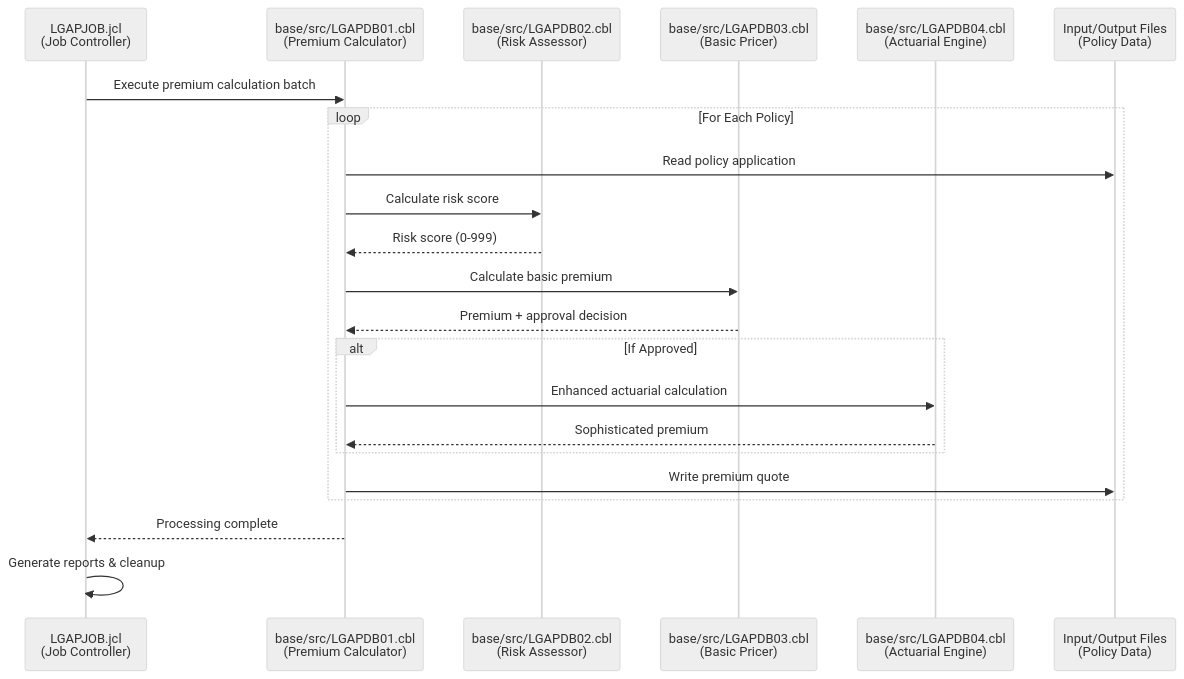
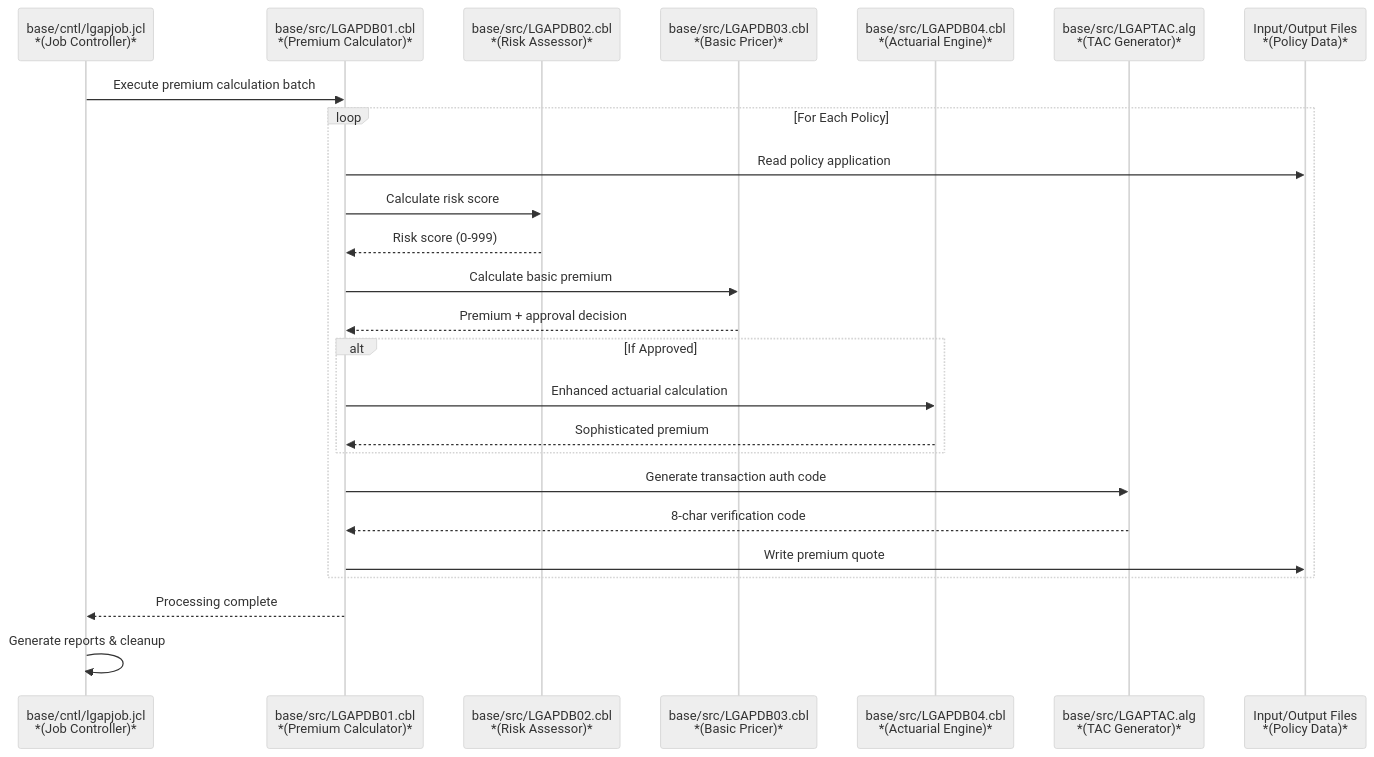
The third of 14 diagrams in .swm/insurance-policy-processing-and-premium-calculation.t96is.sw.md (Swimm-Demo/kyndryl-cics-genapp), drawn with Mermaid (neutral theme) before and after one commit. The commit also changed other lines of this file, not shown here.

````diff
--- a/.swm/insurance-policy-processing-and-premium-calculation.t96is.sw.md
+++ b/.swm/insurance-policy-processing-and-premium-calculation.t96is.sw.md
@@ -60,60 +60,68 @@
 ```mermaid
 sequenceDiagram
-    participant JCL as LGAPJOB.jcl<br/>(Job Controller)
-    participant MAIN as base/src/LGAPDB01.cbl<br/>(Premium Calculator)
-    participant RISK as base/src/LGAPDB02.cbl<br/>(Risk Assessor)
-    participant BASIC as base/src/LGAPDB03.cbl<br/>(Basic Pricer)
-    participant ACTUAR as base/src/LGAPDB04.cbl<br/>(Actuarial Engine)
-    participant DATA as Input/Output Files<br/>(Policy Data)
+    participant JCL as base/cntl/lgapjob.jcl<br/>*(Job Controller)*
+    participant MAIN as base/src/LGAPDB01.cbl<br/>*(Premium Calculator)*
+    participant RISK as base/src/LGAPDB02.cbl<br/>*(Risk Assessor)*
+    participant BASIC as base/src/LGAPDB03.cbl<br/>*(Basic Pricer)*
+    participant ACTUAR as base/src/LGAPDB04.cbl<br/>*(Actuarial Engine)*
+    participant TAC as base/src/LGAPTAC.alg<br/>*(TAC Generator)*
+    participant DATA as Input/Output Files<br/>*(Policy Data)*
 
     JCL->>MAIN: Execute premium calculation batch
     
     loop For Each Policy
         MAIN->>DATA: Read policy application
         MAIN->>RISK: Calculate risk score
         RISK-->>MAIN: Risk score (0-999)
         
         MAIN->>BASIC: Calculate basic premium
         BASIC-->>MAIN: Premium + approval decision
         
         alt If Approved
             MAIN->>ACTUAR: Enhanced actuarial calculation
             ACTUAR-->>MAIN: Sophisticated premium
         end
         
+        MAIN->>TAC: Generate transaction auth code
+        TAC-->>MAIN: 8-char verification code
+        
         MAIN->>DATA: Write premium quote
     end
     
     MAIN-->>JCL: Processing complete
     JCL->>JCL: Generate reports & cleanup
 
 %% Swimm:
 %% sequenceDiagram
-%%     participant JCL as LGAPJOB.jcl<br/>(Job Controller)
-%%     participant MAIN as <SwmPath repo-id="Z2l0aHViJTNBJTNBa3luZHJ5bC1jaWNzLWdlbmFwcCUzQSUzQVN3aW1tLURlbW8=" repo-name="kyndryl-cics-genapp" path="/base/src/LGAPDB01.cbl">`(kyndryl-cics-genapp) base/src/LGAPDB01.cbl`</SwmPath><br/>(Premium Calculator)
-%%     participant RISK as <SwmPath repo-id="Z2l0aHViJTNBJTNBa3luZHJ5bC1jaWNzLWdlbmFwcCUzQSUzQVN3aW1tLURlbW8=" repo-name="kyndryl-cics-genapp" path="/base/src/LGAPDB02.cbl">`(kyndryl-cics-genapp) base/src/LGAPDB02.cbl`</SwmPath><br/>(Risk Assessor)
-%%     participant BASIC as <SwmPath repo-id="Z2l0aHViJTNBJTNBa3luZHJ5bC1jaWNzLWdlbmFwcCUzQSUzQVN3aW1tLURlbW8=" repo-name="kyndryl-cics-genapp" path="/base/src/LGAPDB03.cbl">`(kyndryl-cics-genapp) base/src/LGAPDB03.cbl`</SwmPath><br/>(Basic Pricer)
-%%     participant ACTUAR as <SwmPath repo-id="Z2l0aHViJTNBJTNBa3luZHJ5bC1jaWNzLWdlbmFwcCUzQSUzQVN3aW1tLURlbW8=" repo-name="kyndryl-cics-genapp" path="/base/src/LGAPDB04.cbl">`(kyndryl-cics-genapp) base/src/LGAPDB04.cbl`</SwmPath><br/>(Actuarial Engine)
-%%     participant DATA as Input/Output Files<br/>(Policy Data)
+%%     participant JCL as <SwmPath repo-id="Z2l0aHViJTNBJTNBa3luZHJ5bC1jaWNzLWdlbmFwcCUzQSUzQVN3aW1tLURlbW8=" repo-name="kyndryl-cics-genapp" path="/base/cntl/lgapjob.jcl">`(kyndryl-cics-genapp) base/cntl/lgapjob.jcl`</SwmPath><br/>*(Job Controller)*
+%%     participant MAIN as <SwmPath repo-id="Z2l0aHViJTNBJTNBa3luZHJ5bC1jaWNzLWdlbmFwcCUzQSUzQVN3aW1tLURlbW8=" repo-name="kyndryl-cics-genapp" path="/base/src/LGAPDB01.cbl">`(kyndryl-cics-genapp) base/src/LGAPDB01.cbl`</SwmPath><br/>*(Premium Calculator)*
+%%     participant RISK as <SwmPath repo-id="Z2l0aHViJTNBJTNBa3luZHJ5bC1jaWNzLWdlbmFwcCUzQSUzQVN3aW1tLURlbW8=" repo-name="kyndryl-cics-genapp" path="/base/src/LGAPDB02.cbl">`(kyndryl-cics-genapp) base/src/LGAPDB02.cbl`</SwmPath><br/>*(Risk Assessor)*
+%%     participant BASIC as <SwmPath repo-id="Z2l0aHViJTNBJTNBa3luZHJ5bC1jaWNzLWdlbmFwcCUzQSUzQVN3aW1tLURlbW8=" repo-name="kyndryl-cics-genapp" path="/base/src/LGAPDB03.cbl">`(kyndryl-cics-genapp) base/src/LGAPDB03.cbl`</SwmPath><br/>*(Basic Pricer)*
+%%     participant ACTUAR as <SwmPath repo-id="Z2l0aHViJTNBJTNBa3luZHJ5bC1jaWNzLWdlbmFwcCUzQSUzQVN3aW1tLURlbW8=" repo-name="kyndryl-cics-genapp" path="/base/src/LGAPDB04.cbl">`(kyndryl-cics-genapp) base/src/LGAPDB04.cbl`</SwmPath><br/>*(Actuarial Engine)*
+%%     participant TAC as <SwmPath repo-id="Z2l0aHViJTNBJTNBa3luZHJ5bC1jaWNzLWdlbmFwcCUzQSUzQVN3aW1tLURlbW8=" repo-name="kyndryl-cics-genapp" path="/base/src/LGAPTAC.alg">`(kyndryl-cics-genapp) base/src/LGAPTAC.alg`</SwmPath><br/>*(TAC Generator)*
+%%     participant DATA as Input/Output Files<br/>*(Policy Data)*
 %% 
 %%     JCL->>MAIN: Execute premium calculation batch
 %%     
 %%     loop For Each Policy
 %%         MAIN->>DATA: Read policy application
 %%         MAIN->>RISK: Calculate risk score
 %%         RISK-->>MAIN: Risk score (0-999)
 %%         
 %%         MAIN->>BASIC: Calculate basic premium
 %%         BASIC-->>MAIN: Premium + approval decision
 %%         
 %%         alt If Approved
 %%             MAIN->>ACTUAR: Enhanced actuarial calculation
 %%             ACTUAR-->>MAIN: Sophisticated premium
 %%         end
 %%         
+%%         MAIN->>TAC: Generate transaction auth code
+%%         TAC-->>MAIN: 8-char verification code
+%%         
 %%         MAIN->>DATA: Write premium quote
 %%     end
 %%     
 %%     MAIN-->>JCL: Processing complete
 %%     JCL->>JCL: Generate reports & cleanup
 ```
````
